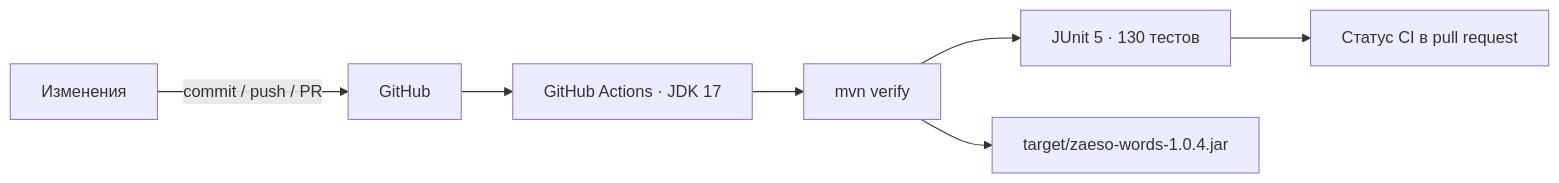
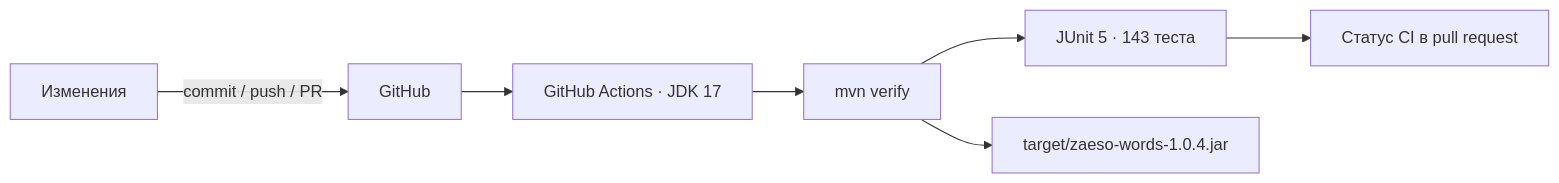
The third of 4 diagrams in zaeso-Words-Roadmap.md (zaeso/zaeso-Words), drawn with Mermaid before and after one commit. The commit also changed other lines of this file and 9 other files, not shown here.

````diff
--- a/zaeso-Words-Roadmap.md
+++ b/zaeso-Words-Roadmap.md
@@ -271,9 +291,9 @@
 ```mermaid
 flowchart LR
     DEV["Изменения"] -->|"commit / push / PR"| GH["GitHub"]
     GH --> CI["GitHub Actions · JDK 17"]
     CI --> MVN["mvn verify"]
-    MVN --> TESTS["JUnit 5 · 130 тестов"]
+    MVN --> TESTS["JUnit 5 · 143 теста"]
     MVN --> JAR["target/zaeso-words-1.0.4.jar"]
     TESTS --> STATUS["Статус CI в pull request"]
 ```
````
